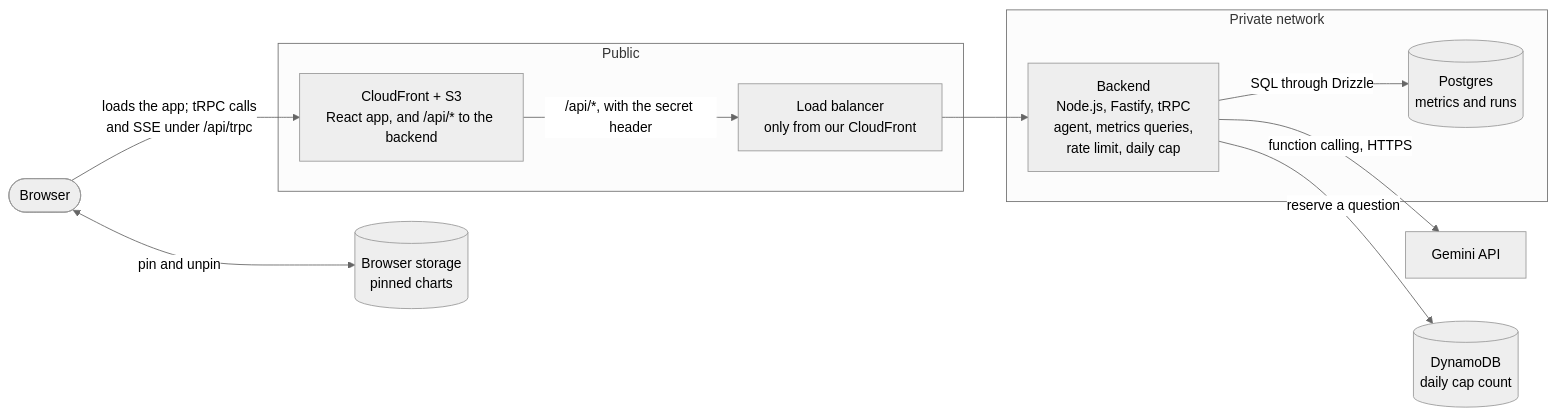
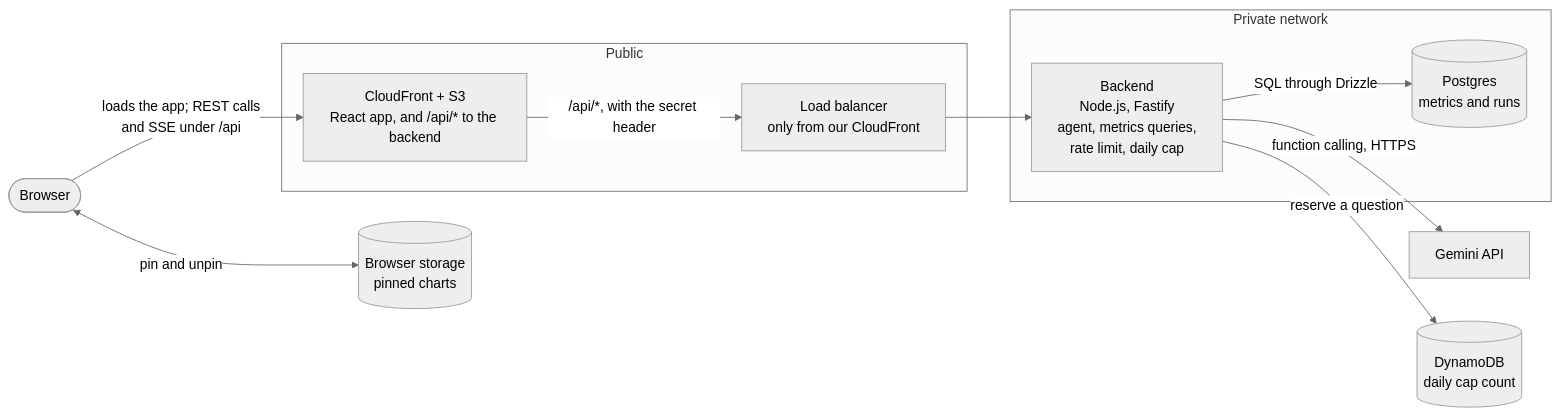
The second of 8 diagrams in docs/design.md (vovadyach/dashgen), drawn with Mermaid (neutral theme) before and after one commit. The commit also changed other lines of this file and 8 other files, not shown here.

Commit message:
docs: REST and SSE instead of tRPC (ADR-0011)

````diff
--- a/docs/design.md
+++ b/docs/design.md
@@ -117,25 +117,25 @@
 ```mermaid
 flowchart LR
     browser(["Browser"])
     pins[("Browser storage<br/>pinned charts")]
     gemini["Gemini API"]
     cap[("DynamoDB<br/>daily cap count")]
 
     subgraph public ["Public"]
         cdn["CloudFront + S3<br/>React app, and /api/* to the backend"]
         alb["Load balancer<br/>only from our CloudFront"]
     end
 
     subgraph private ["Private network"]
-        backend["Backend<br/>Node.js, Fastify, tRPC<br/>agent, metrics queries,<br/>rate limit, daily cap"]
+        backend["Backend<br/>Node.js, Fastify<br/>agent, metrics queries,<br/>rate limit, daily cap"]
         db[("Postgres<br/>metrics and runs")]
     end
 
-    browser -->|"loads the app; tRPC calls<br/>and SSE under /api/trpc"| cdn
+    browser -->|"loads the app; REST calls<br/>and SSE under /api"| cdn
     cdn -->|"/api/*, with the secret header"| alb
     browser <-->|"pin and unpin"| pins
     alb --> backend
     backend -->|"function calling, HTTPS"| gemini
     backend -->|"reserve a question"| cap
     backend -->|"SQL through Drizzle"| db
 ```
````
